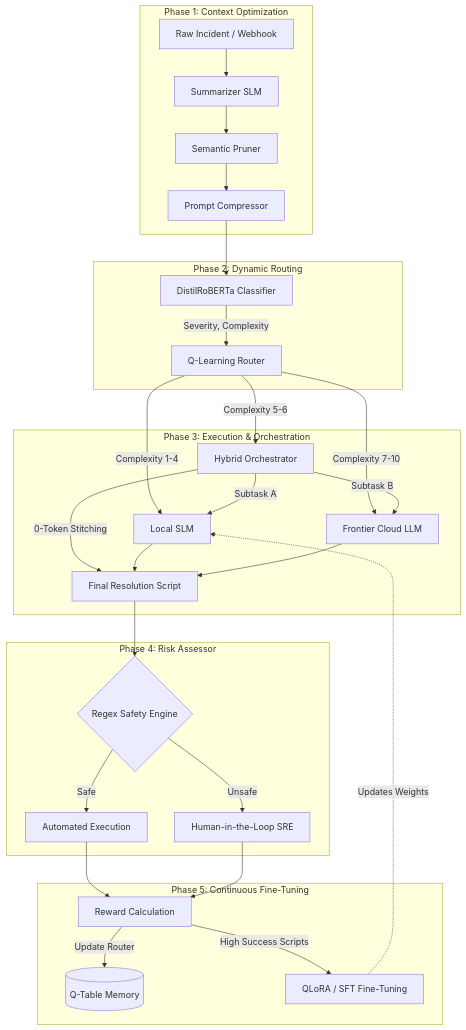
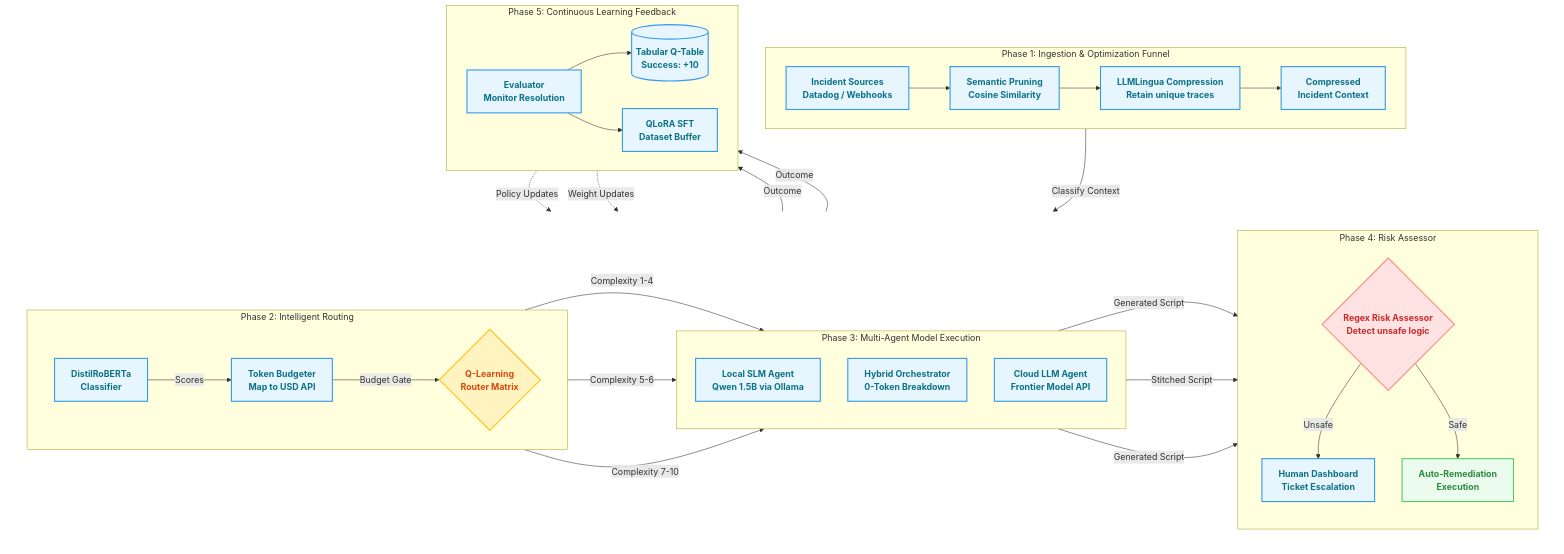
The diagram in README.md (anand-esc/tokenawarearch), drawn with Mermaid before and after one commit. The commit also changed other lines of this file, not shown here.

````diff
--- a/README.md
+++ b/README.md
@@ -36,39 +41,67 @@
 ```mermaid
-graph TD
-    subgraph Phase 1: Context Optimization
-        A[Raw Incident / Webhook] --> B[Summarizer SLM]
-        B --> C[Semantic Pruner]
-        C --> D[Prompt Compressor]
+flowchart TD
+    classDef pbox fill:#f8f9fa,stroke:#ced4da,stroke-width:1px,color:#212529,font-size:14px,font-weight:bold
+    classDef cbox fill:#e7f5ff,stroke:#339af0,stroke-width:2px,color:#0b7285,font-weight:bold
+    classDef router fill:#fff3bf,stroke:#fcc419,stroke-width:2px,color:#d9480f,font-weight:bold
+    classDef danger fill:#ffe3e3,stroke:#ff8787,stroke-width:2px,color:#c92a2a,font-weight:bold
+    classDef exe fill:#ebfbee,stroke:#51cf66,stroke-width:2px,color:#2b8a3e,font-weight:bold
+    classDef none fill:none,stroke:none,color:#000
+
+    subgraph P1 ["Phase 1: Ingestion & Optimization Funnel"]
+        direction LR
+        A[Incident Sources<br/>Datadog / Webhooks]:::cbox --> B[Semantic Pruning<br/>Cosine Similarity]:::cbox
+        B --> C[LLMLingua Compression<br/>Retain unique traces]:::cbox
+        C --> D[Compressed<br/>Incident Context]:::cbox
     end
 
-    subgraph Phase 2: Dynamic Routing
-        D --> E[DistilRoBERTa Classifier]
-        E -->|Severity, Complexity| F[Q-Learning Router]
+    subgraph MiddleLevel [" "]
+        direction LR
+        
+        subgraph P2 ["Phase 2: Intelligent Routing"]
+            direction LR
+            E[DistilRoBERTa<br/>Classifier]:::cbox -->|Scores| F[Token Budgeter<br/>Map to USD API]:::cbox
+            F -->|Budget Gate| G{Q-Learning<br/>Router Matrix}:::router
+        end
+
+        subgraph P3 ["Phase 3: Multi-Agent Model Execution"]
+            direction TB
+            H[Local SLM Agent<br/>Qwen 1.5B via Ollama]:::cbox
+            J[Hybrid Orchestrator<br/>0-Token Breakdown]:::cbox
+            I[Cloud LLM Agent<br/>Frontier Model API]:::cbox
+        end
+
+        subgraph P4 ["Phase 4: Risk Assessor"]
+            direction TB
+            K{Regex Risk Assessor<br/>Detect unsafe logic}:::danger
+            L[Human Dashboard<br/>Ticket Escalation]:::cbox
+            M[Auto-Remediation<br/>Execution]:::exe
+        end
     end
 
-    subgraph Phase 3: Execution & Orchestration
-        F -->|Complexity 1-4| G[Local SLM]
-        F -->|Complexity 7-10| H[Frontier Cloud LLM]
-        F -->|Complexity 5-6| I[Hybrid Orchestrator]
-        
-        I -->|Subtask A| G
-        I -->|Subtask B| H
-        I -->|0-Token Stitching| J[Final Resolution Script]
-        G --> J
-        H --> J
+    subgraph P5 ["Phase 5: Continuous Learning Feedback"]
+        direction LR
+        N[Evaluator<br/>Monitor Resolution]:::cbox --> O[(Tabular Q-Table<br/>Success: +10)]:::cbox
+        N --> P[QLoRA SFT<br/>Dataset Buffer]:::cbox
     end
 
-    subgraph Phase 4: Risk Assessor
-        J --> K{Regex Safety Engine}
-        K -->|Safe| L[Automated Execution]
-        K -->|Unsafe| M[Human-in-the-Loop SRE]
-    end
+    D -->|Classify Context| E
+    
+    G -->|Complexity 1-4| H
+    G -->|Complexity 5-6| J
+    G -->|Complexity 7-10| I
+    
+    H -->|Generated Script| K
+    J -->|Stitched Script| K
+    I -->|Generated Script| K
 
-    subgraph Phase 5: Continuous Fine-Tuning
-        L --> N[Reward Calculation]
-        M --> N
-        N -->|Update Router| O[(Q-Table Memory)]
-        N -->|High Success Scripts| P[QLoRA / SFT Fine-Tuning]
-        P -.->|Updates Weights| G
-    end
+    K -->|Unsafe| L
+    K -->|Safe| M
+
+    L -->|Outcome| N
+    M -->|Outcome| N
+
+    O -.->|Policy Updates| G
+    P -.->|Weight Updates| H
+
+    style MiddleLevel fill:none,stroke:none
 ```
````
